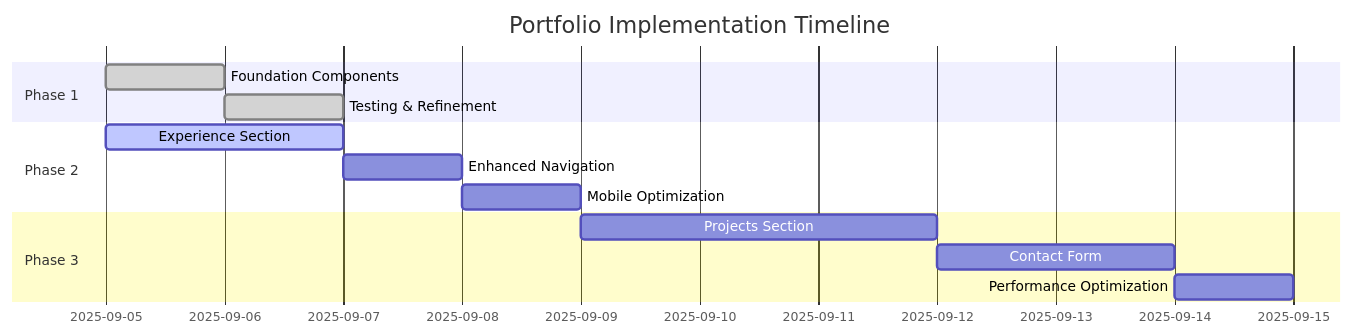
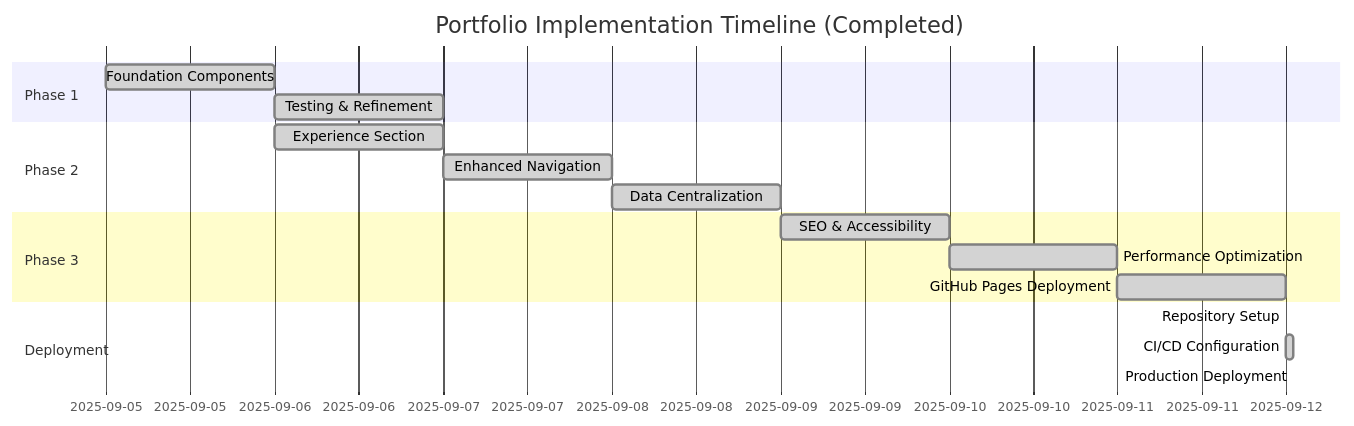
Before and after one commit to SyNeto/cv-portfolio: the seventh of 7 diagrams in docs/ADR-003-implementation-phases.md, drawn with Mermaid. The commit also changed other lines of this file and 2 other files, not shown here.

````diff
--- a/docs/ADR-003-implementation-phases.md
+++ b/docs/ADR-003-implementation-phases.md
@@ -386,16 +386,20 @@
 ```mermaid
 gantt
-    title Portfolio Implementation Timeline
+    title Portfolio Implementation Timeline (Completed)
     dateFormat YYYY-MM-DD
     section Phase 1
     Foundation Components    :done, phase1, 2025-09-05, 1d
     Testing & Refinement    :done, after phase1, 1d
     section Phase 2
-    Experience Section      :active, phase2a, 2025-09-05, 2d
-    Enhanced Navigation     :phase2b, after phase2a, 1d
-    Mobile Optimization     :phase2c, after phase2b, 1d
+    Experience Section      :done, phase2a, after phase1, 1d
+    Enhanced Navigation     :done, phase2b, after phase2a, 1d
+    Data Centralization     :done, phase2c, after phase2b, 1d
     section Phase 3
-    Projects Section        :phase3a, after phase2c, 3d
-    Contact Form           :phase3b, after phase3a, 2d
-    Performance Optimization :phase3c, after phase3b, 1d
+    SEO & Accessibility     :done, phase3a, after phase2c, 1d
+    Performance Optimization :done, phase3b, after phase3a, 1d
+    GitHub Pages Deployment  :done, phase3c, after phase3b, 1d
+    section Deployment
+    Repository Setup        :done, deploy1, after phase3c, 30min
+    CI/CD Configuration     :done, deploy2, after deploy1, 1h
+    Production Deployment   :done, deploy3, after deploy2, 30min
 ```
````
